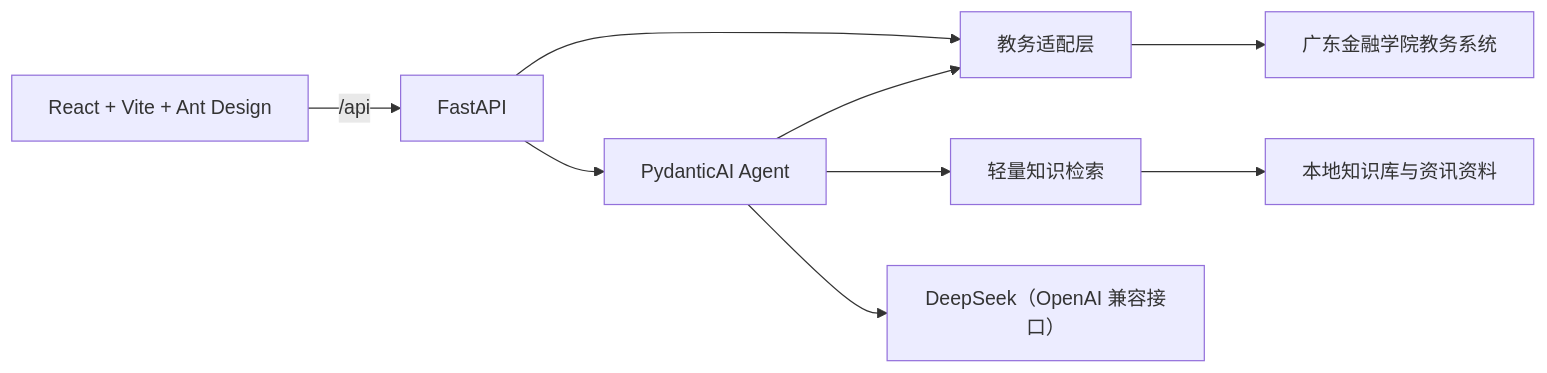
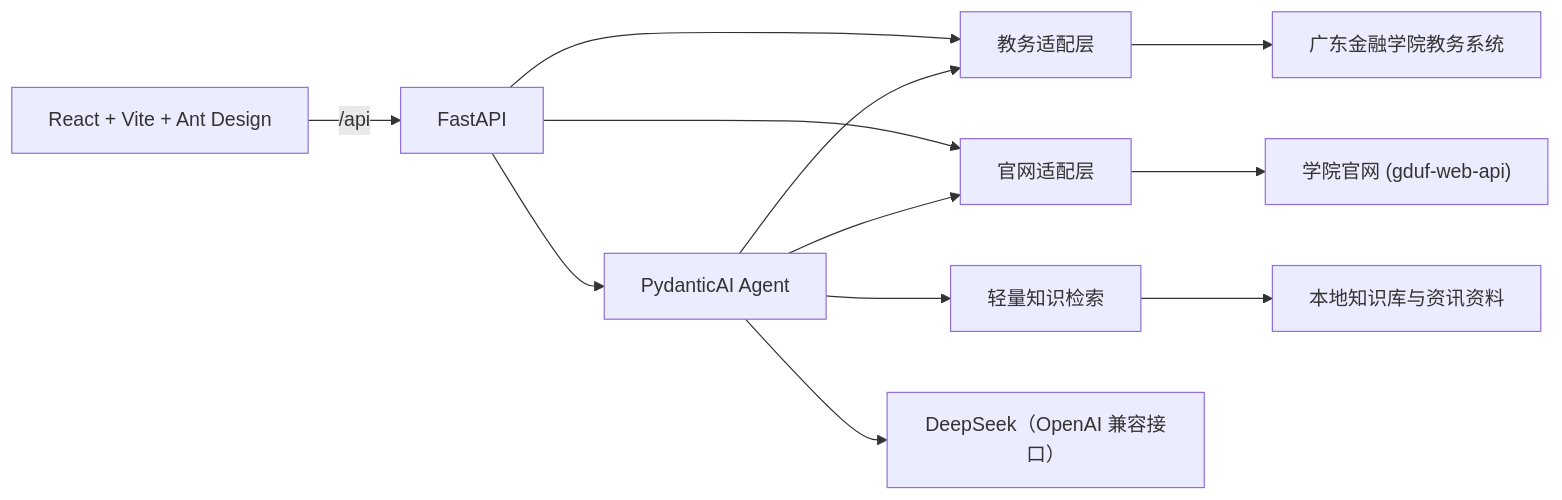
One commit to 9zqzh/finmind_cv changed the diagram in README.md. Above: the diagram before and after it, drawn with Mermaid. The commit also changed other lines of this file and 3 other files, not shown here.

````diff
--- a/README.md
+++ b/README.md
@@ -17,11 +18,14 @@
 ```mermaid
 flowchart LR
   UI["React + Vite + Ant Design"] -->|"/api"| API["FastAPI"]
   API --> Agent["PydanticAI Agent"]
   API --> Adapter["教务适配层"]
+  API --> WebAdapter["官网适配层"]
   Agent --> Adapter
+  Agent --> WebAdapter
   Agent --> Search["轻量知识检索"]
   Adapter --> JWXT["广东金融学院教务系统"]
+  WebAdapter --> WEB["学院官网 (gduf-web-api)"]
   Search --> Data["本地知识库与资讯资料"]
   Agent --> LLM["DeepSeek（OpenAI 兼容接口）"]
 ```
````
